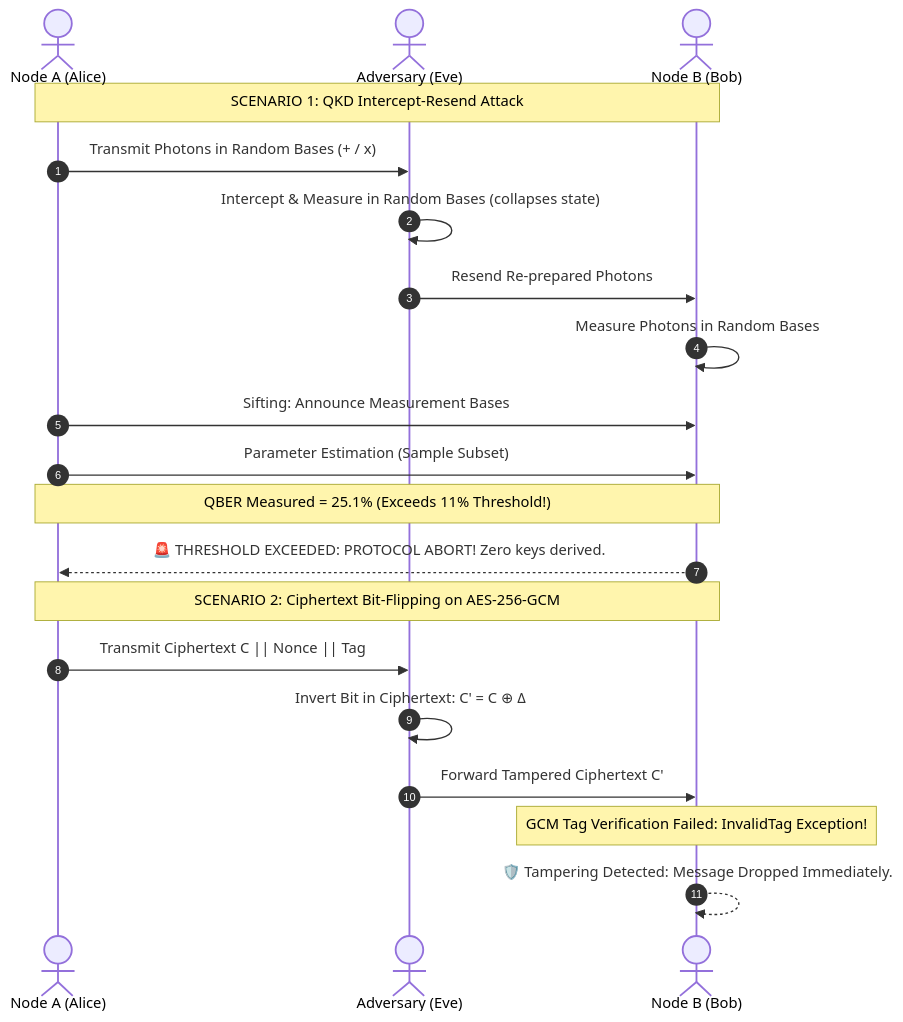
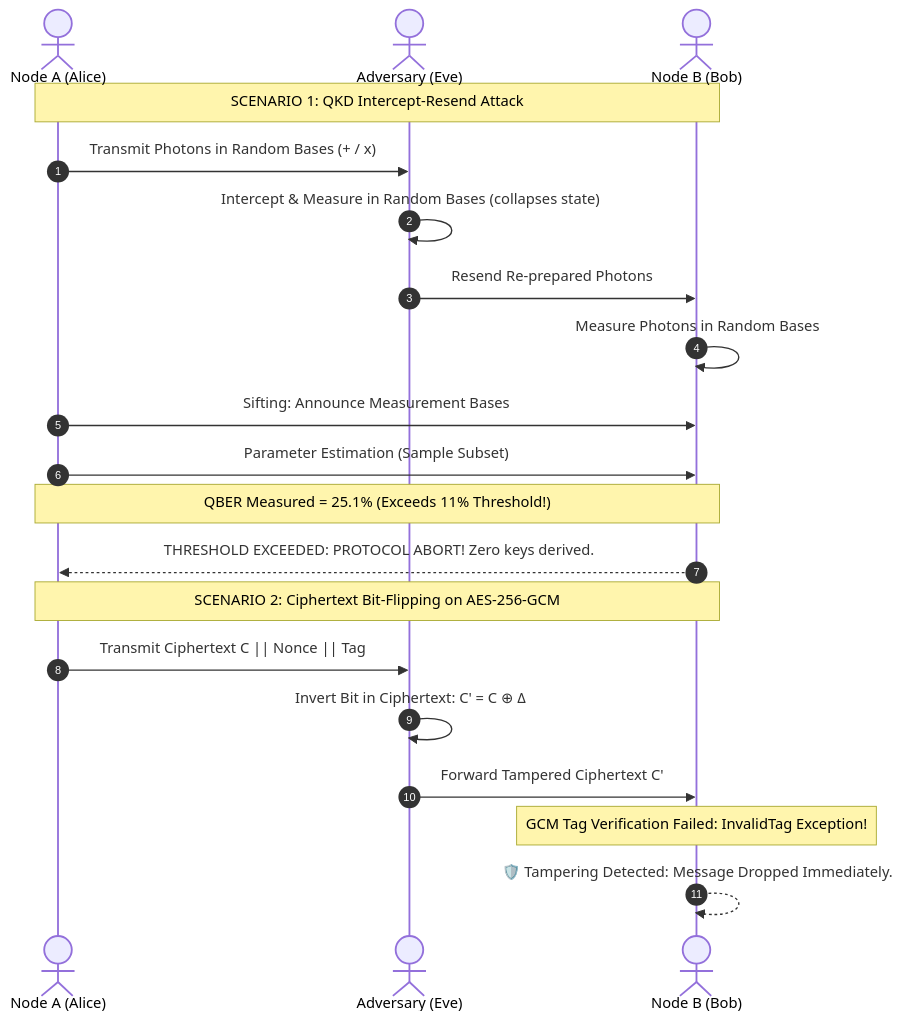
One commit to QPhyProject/CSDQKD changed the second of 2 diagrams in README.md. Above: the diagram before and after it, drawn with Mermaid. The commit also changed other lines of this file, not shown here.

````diff
--- a/README.md
+++ b/README.md
@@ -192,24 +192,24 @@
 ```mermaid
 sequenceDiagram
     autonumber
     actor Alice as Node A (Alice)
     actor Eve as Adversary (Eve)
     actor Bob as Node B (Bob)
 
     Note over Alice,Bob: SCENARIO 1: QKD Intercept-Resend Attack
     Alice->>Eve: Transmit Photons in Random Bases (+ / x)
     Eve->>Eve: Intercept & Measure in Random Bases (collapses state)
     Eve->>Bob: Resend Re-prepared Photons
     Bob->>Bob: Measure Photons in Random Bases
     Alice->>Bob: Sifting: Announce Measurement Bases
     Alice->>Bob: Parameter Estimation (Sample Subset)
     Note over Alice,Bob: QBER Measured = 25.1% (Exceeds 11% Threshold!)
-    Bob-->>Alice: 🚨 THRESHOLD EXCEEDED: PROTOCOL ABORT! Zero keys derived.
+    Bob-->>Alice: THRESHOLD EXCEEDED: PROTOCOL ABORT! Zero keys derived.
 
     Note over Alice,Bob: SCENARIO 2: Ciphertext Bit-Flipping on AES-256-GCM
     Alice->>Eve: Transmit Ciphertext C || Nonce || Tag
     Eve->>Eve: Invert Bit in Ciphertext: C' = C ⊕ Δ
     Eve->>Bob: Forward Tampered Ciphertext C'
     Note over Bob: GCM Tag Verification Failed: InvalidTag Exception!
     Bob-->>Bob: 🛡️ Tampering Detected: Message Dropped Immediately.
 ```
````
